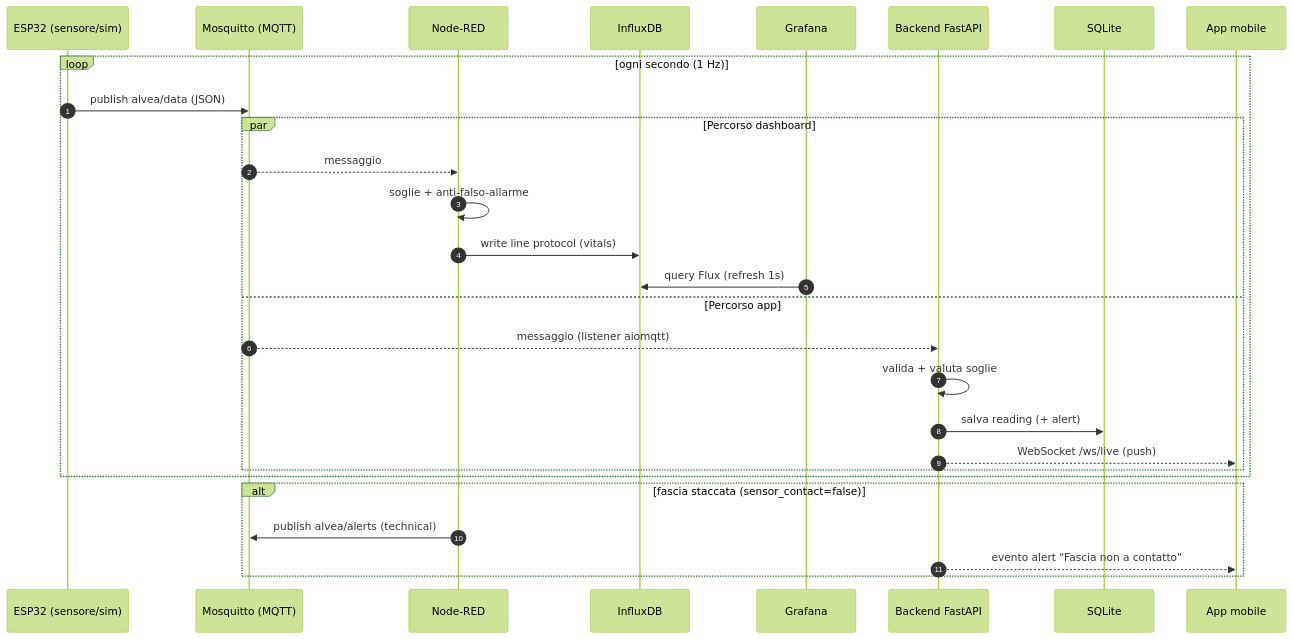
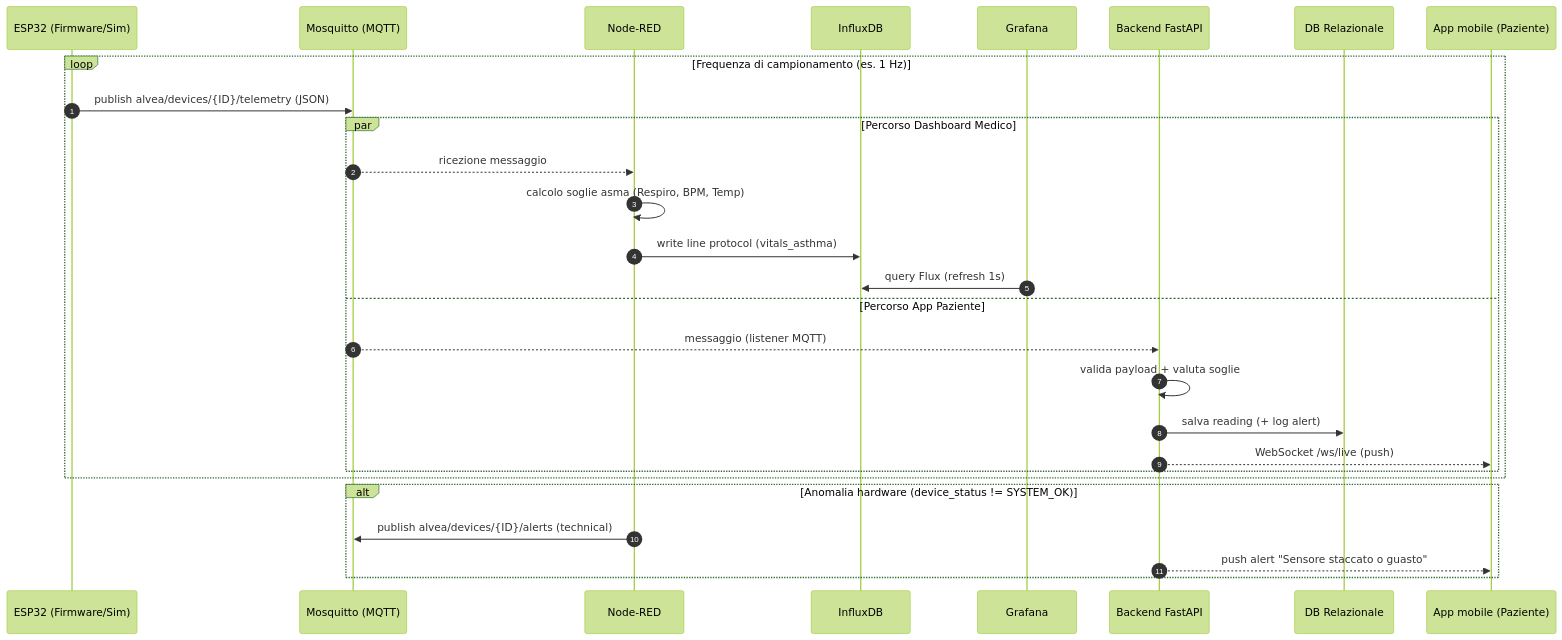
One commit to acrisci05/Alvea changed the first of 3 diagrams in docs/04-sequence.md. Above: the diagram before and after it, drawn with Mermaid (forest theme). The commit also changed other lines of this file and 6 other files, not shown here.

Commit message:
Aggiornato: documentazione completa - requisiti, use case, ER, sequenza, architettura, sicurezza, relazione LaTeX

````diff
--- a/docs/04-sequence.md
+++ b/docs/04-sequence.md
@@ -5,32 +5,32 @@
 ```mermaid
 sequenceDiagram
     autonumber
-    participant ESP as ESP32 (sensore/sim)
+    participant ESP as ESP32 (Firmware/Sim)
     participant MQ as Mosquitto (MQTT)
     participant NR as Node-RED
     participant DB as InfluxDB
     participant GF as Grafana
     participant BE as Backend FastAPI
-    participant SQ as SQLite
-    participant APP as App mobile
+    participant SQ as DB Relazionale
+    participant APP as App mobile (Paziente)
 
-    loop ogni secondo (1 Hz)
-        ESP->>MQ: publish alvea/data (JSON)
-        par Percorso dashboard
-            MQ-->>NR: messaggio
-            NR->>NR: soglie + anti-falso-allarme
-            NR->>DB: write line protocol (vitals)
+    loop Frequenza di campionamento (es. 1 Hz)
+        ESP->>MQ: publish alvea/devices/{ID}/telemetry (JSON)
+        par Percorso Dashboard Medico
+            MQ-->>NR: ricezione messaggio
+            NR->>NR: calcolo soglie asma (Respiro, BPM, Temp)
+            NR->>DB: write line protocol (vitals_asthma)
             GF->>DB: query Flux (refresh 1s)
-        and Percorso app
-            MQ-->>BE: messaggio (listener aiomqtt)
-            BE->>BE: valida + valuta soglie
-            BE->>SQ: salva reading (+ alert)
+        and Percorso App Paziente
+            MQ-->>BE: messaggio (listener MQTT)
+            BE->>BE: valida payload + valuta soglie
+            BE->>SQ: salva reading (+ log alert)
             BE-->>APP: WebSocket /ws/live (push)
         end
     end
 
-    alt fascia staccata (sensor_contact=false)
-        NR->>MQ: publish alvea/alerts (technical)
-        BE-->>APP: evento alert "Fascia non a contatto"
+    alt Anomalia hardware (device_status != SYSTEM_OK)
+        NR->>MQ: publish alvea/devices/{ID}/alerts (technical)
+        BE-->>APP: push alert "Sensore staccato o guasto"
     end
 ```
````
